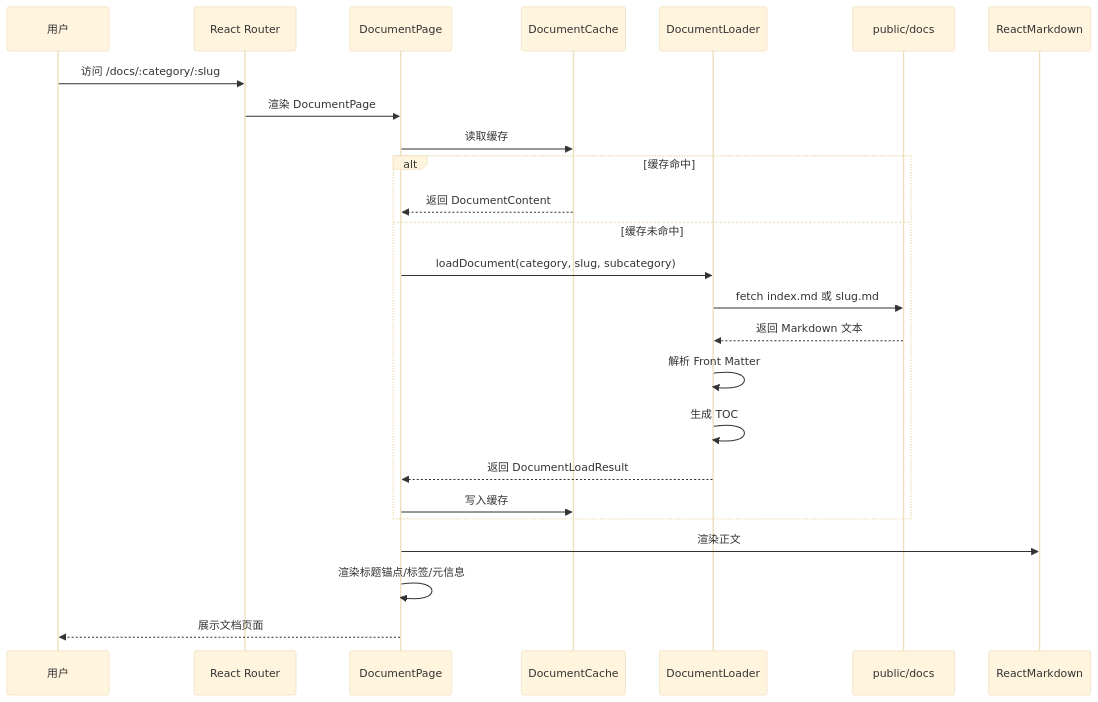
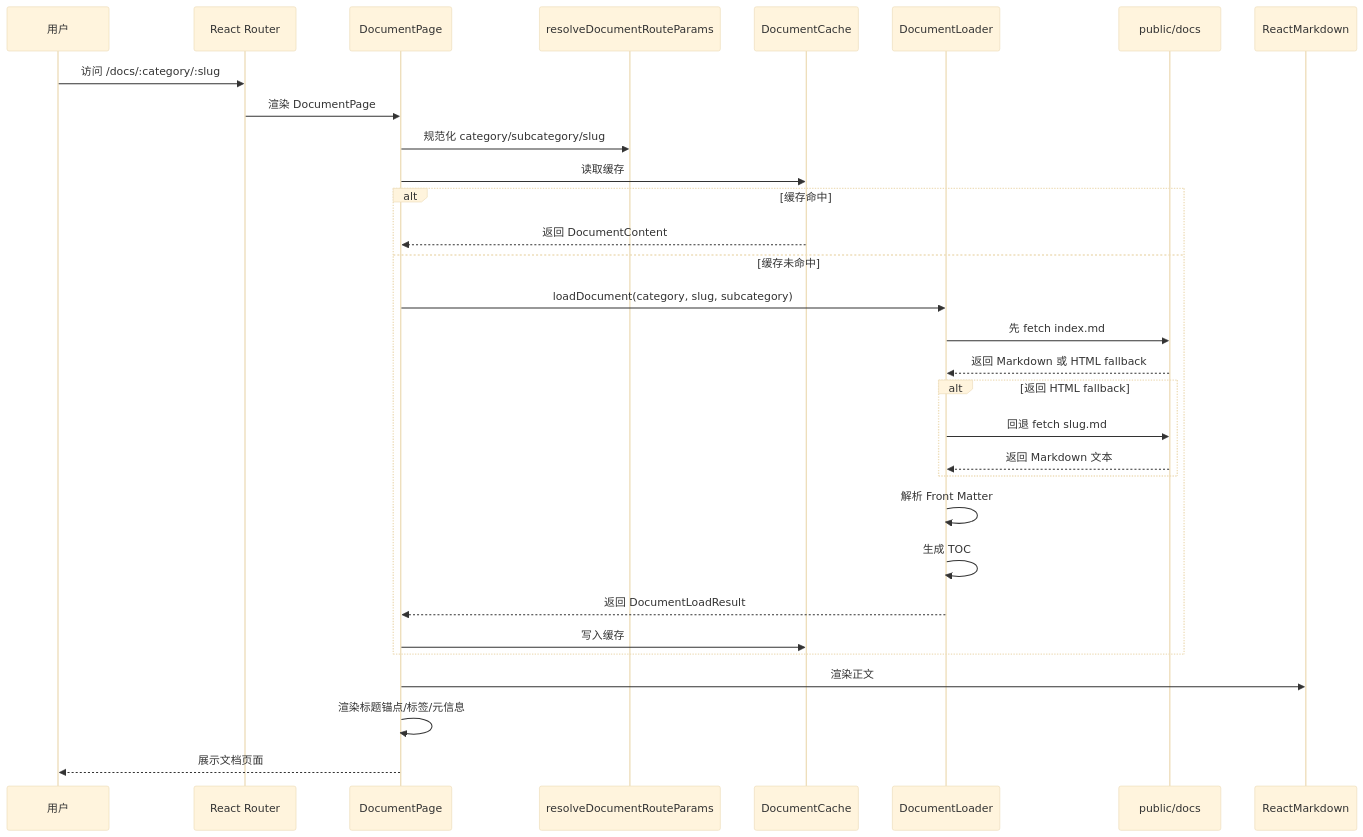
Before and after one commit to necc-hub/new_energy_coder_club: the fourth of 7 diagrams in .trae/documents/DESIGN_markdown_docs_repository.md, drawn with Mermaid (base theme). The commit also changed other lines of this file and 12 other files, not shown here.

````diff
--- a/.trae/documents/DESIGN_markdown_docs_repository.md
+++ b/.trae/documents/DESIGN_markdown_docs_repository.md
@@ -381,30 +404,36 @@
 ```mermaid
 sequenceDiagram
     participant U as 用户
     participant R as React Router
     participant DP as DocumentPage
+    participant RP as resolveDocumentRouteParams
     participant DC as DocumentCache
     participant DL as DocumentLoader
     participant FS as public/docs
     participant RM as ReactMarkdown
 
     U->>R: 访问 /docs/:category/:slug
     R->>DP: 渲染 DocumentPage
+    DP->>RP: 规范化 category/subcategory/slug
     DP->>DC: 读取缓存
 
     alt 缓存命中
         DC-->>DP: 返回 DocumentContent
     else 缓存未命中
         DP->>DL: loadDocument(category, slug, subcategory)
-        DL->>FS: fetch index.md 或 slug.md
-        FS-->>DL: 返回 Markdown 文本
+        DL->>FS: 先 fetch index.md
+        FS-->>DL: 返回 Markdown 或 HTML fallback
+        alt 返回 HTML fallback
+            DL->>FS: 回退 fetch slug.md
+            FS-->>DL: 返回 Markdown 文本
+        end
         DL->>DL: 解析 Front Matter
         DL->>DL: 生成 TOC
         DL-->>DP: 返回 DocumentLoadResult
         DP->>DC: 写入缓存
     end
 
     DP->>RM: 渲染正文
     DP->>DP: 渲染标题锚点/标签/元信息
     DP-->>U: 展示文档页面
 ```
````
